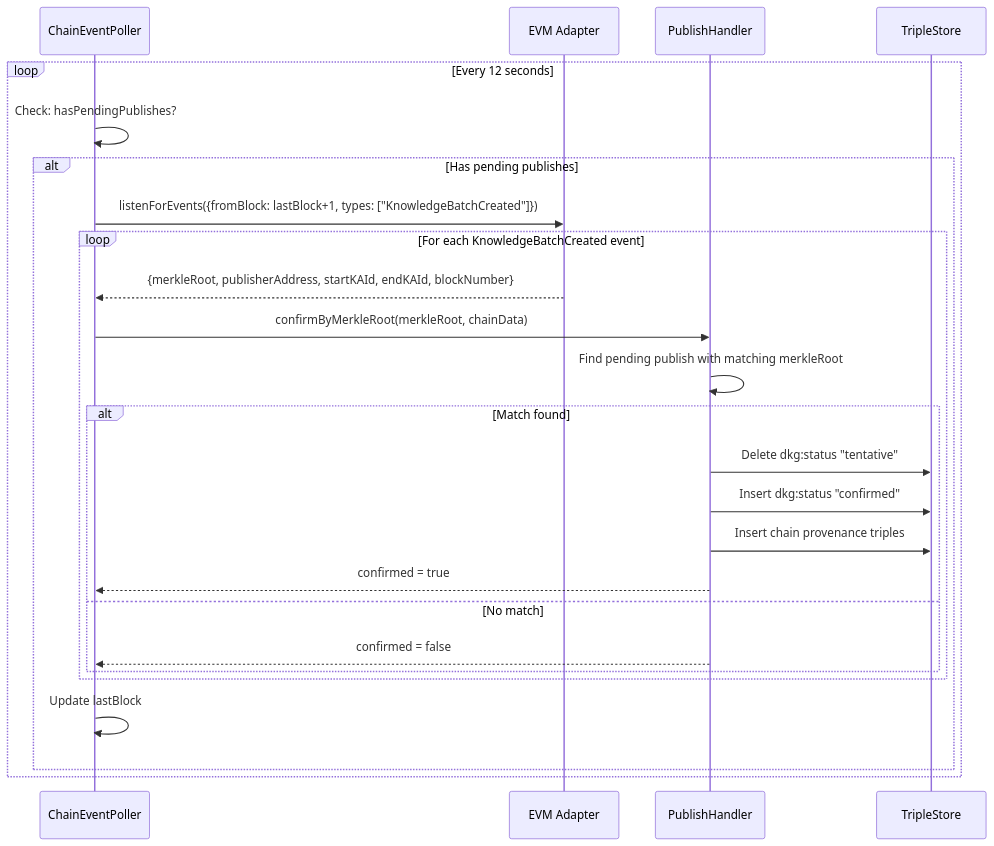
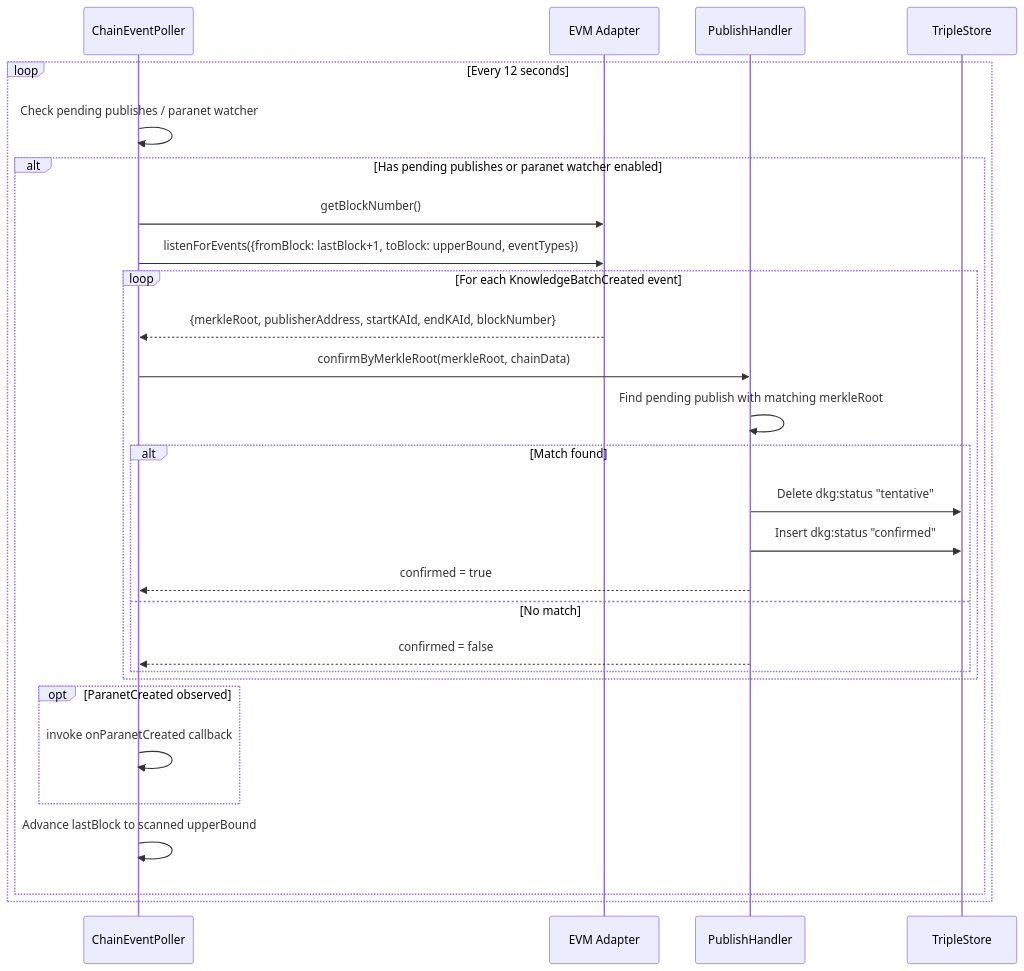
One commit to OriginTrail/dkg changed the fourth of 15 diagrams in docs/v9-protocol-operations.md. Above: the diagram before and after it, drawn with Mermaid. The commit also changed other lines of this file, not shown here.

````diff
--- a/docs/v9-protocol-operations.md
+++ b/docs/v9-protocol-operations.md
@@ -263,30 +306,34 @@
 ```mermaid
 sequenceDiagram
     participant Poller as ChainEventPoller
     participant Chain as EVM Adapter
     participant PH as PublishHandler
     participant Store as TripleStore
 
     loop Every 12 seconds
-        Poller->>Poller: Check: hasPendingPublishes?
-        alt Has pending publishes
-            Poller->>Chain: listenForEvents({fromBlock: lastBlock+1, types: ["KnowledgeBatchCreated"]})
+        Poller->>Poller: Check pending publishes / paranet watcher
+        alt Has pending publishes or paranet watcher enabled
+            Poller->>Chain: getBlockNumber()
+            Poller->>Chain: listenForEvents({fromBlock: lastBlock+1, toBlock: upperBound, eventTypes})
 
             loop For each KnowledgeBatchCreated event
                 Chain-->>Poller: {merkleRoot, publisherAddress, startKAId, endKAId, blockNumber}
                 Poller->>PH: confirmByMerkleRoot(merkleRoot, chainData)
                 PH->>PH: Find pending publish with matching merkleRoot
                 alt Match found
                     PH->>Store: Delete dkg:status "tentative"
                     PH->>Store: Insert dkg:status "confirmed"
-                    PH->>Store: Insert chain provenance triples
                     PH-->>Poller: confirmed = true
                 else No match
                     PH-->>Poller: confirmed = false
                 end
             end
 
-            Poller->>Poller: Update lastBlock
+            opt ParanetCreated observed
+                Poller->>Poller: invoke onParanetCreated callback
+            end
+
+            Poller->>Poller: Advance lastBlock to scanned upperBound
         end
     end
 ```
````
